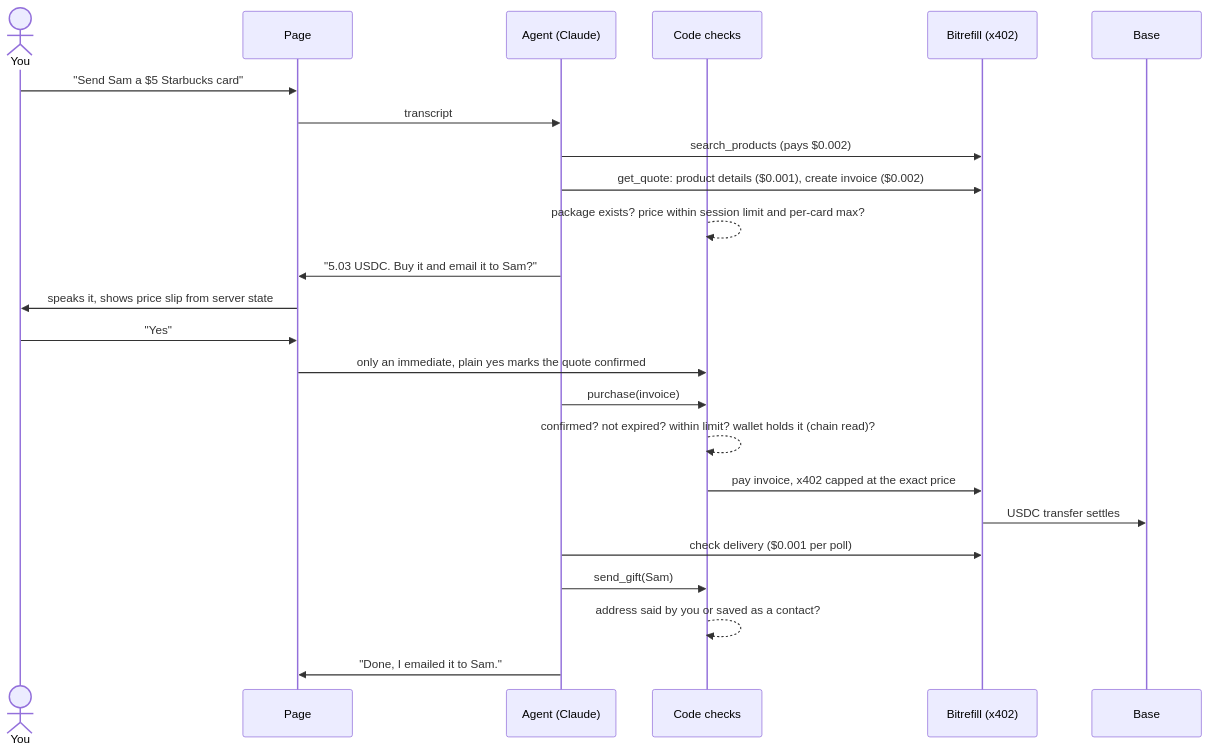
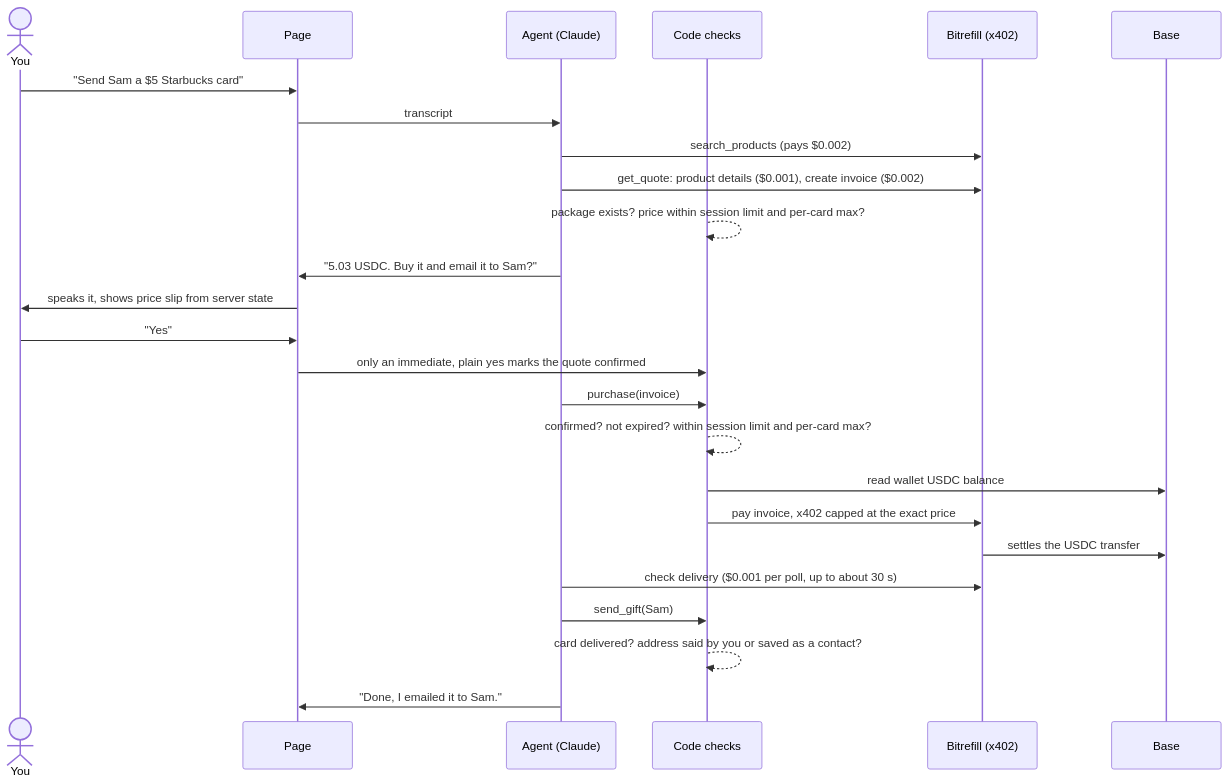
The second of 2 diagrams in README.md (jackdudley/usdc_bitrefill), drawn with Mermaid before and after one commit. The commit also changed other lines of this file and 1 other file, not shown here.

First line of the commit message:
README: correct architecture and settlement flow, document tools and page controls

````diff
--- a/README.md
+++ b/README.md
@@ -57,27 +84,28 @@
 ```mermaid
 sequenceDiagram
   actor U as You
   participant P as Page
   participant A as Agent (Claude)
   participant C as Code checks
   participant B as Bitrefill (x402)
   participant Ch as Base
 
   U->>P: "Send Sam a $5 Starbucks card"
   P->>A: transcript
   A->>B: search_products (pays $0.002)
   A->>B: get_quote: product details ($0.001), create invoice ($0.002)
   C-->>C: package exists? price within session limit and per-card max?
   A->>P: "5.03 USDC. Buy it and email it to Sam?"
   P->>U: speaks it, shows price slip from server state
   U->>P: "Yes"
   P->>C: only an immediate, plain yes marks the quote confirmed
   A->>C: purchase(invoice)
-  C-->>C: confirmed? not expired? within limit? wallet holds it (chain read)?
+  C-->>C: confirmed? not expired? within session limit and per-card max?
+  C->>Ch: read wallet USDC balance
   C->>B: pay invoice, x402 capped at the exact price
-  B->>Ch: USDC transfer settles
-  A->>B: check delivery ($0.001 per poll)
+  B->>Ch: settles the USDC transfer
+  A->>B: check delivery ($0.001 per poll, up to about 30 s)
   A->>C: send_gift(Sam)
-  C-->>C: address said by you or saved as a contact?
+  C-->>C: card delivered? address said by you or saved as a contact?
   A->>P: "Done, I emailed it to Sam."
 ```
````
